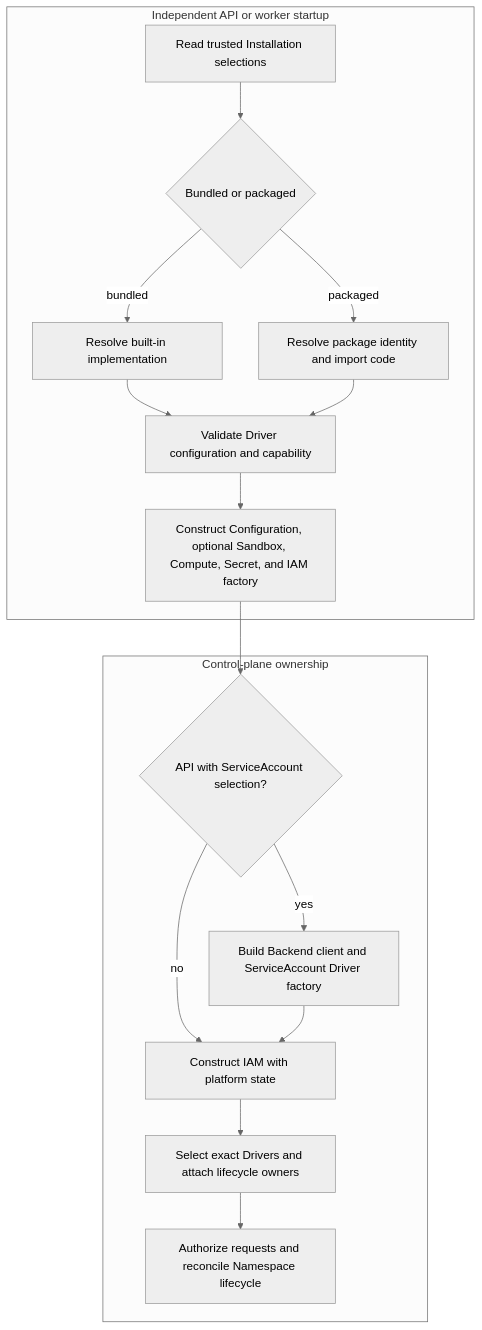
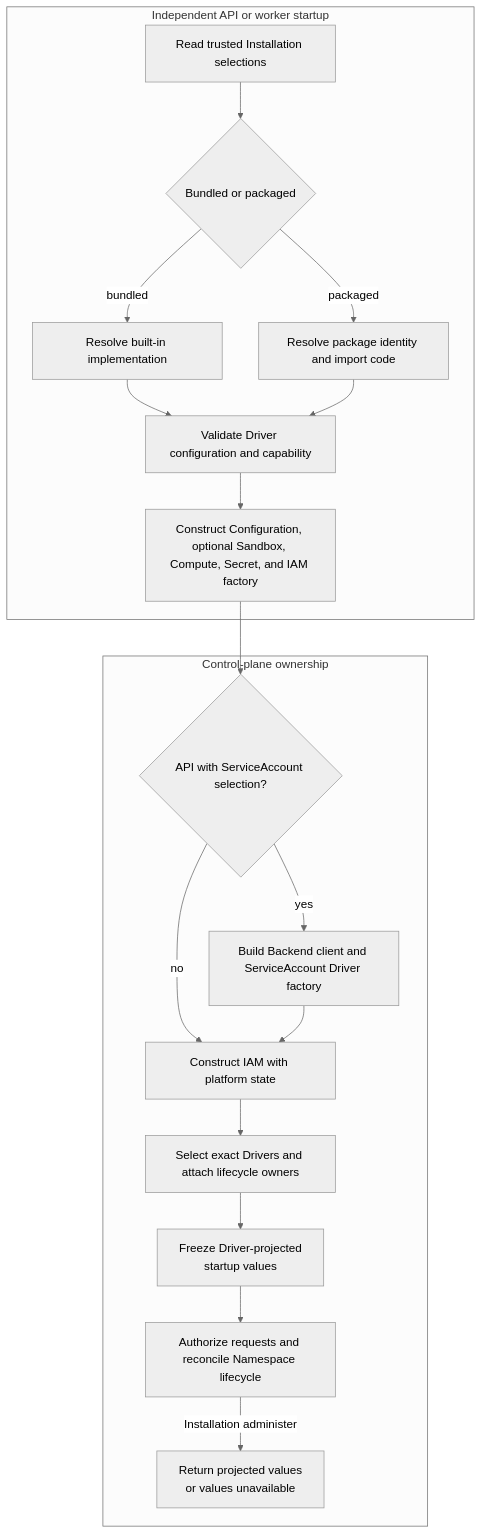
One commit to openclaw/openclaw-enterprise changed the diagram in docs/flows/driver-plugin-loading.md. Above: the diagram before and after it, drawn with Mermaid (neutral theme). The commit also changed other lines of this file and 34 other files, not shown here.

Commit message:
fix(console): show accepted Installation Driver values

````diff
--- a/docs/flows/driver-plugin-loading.md
+++ b/docs/flows/driver-plugin-loading.md
@@ -32,20 +32,22 @@
 ```mermaid
 graph TD
   subgraph Startup["Independent API or worker startup"]
     A["Read trusted Installation selections"] --> B{"Bundled or packaged"}
     B -->|bundled| C["Resolve built-in implementation"]
     B -->|packaged| D["Resolve package identity and import code"]
     C --> E["Validate Driver configuration and capability"]
     D --> E
     E --> F["Construct Configuration, optional Sandbox, Compute, Secret, and IAM factory"]
   end
 
   subgraph OCC["Control-plane ownership"]
     F --> P{"API with ServiceAccount selection?"}
     P -->|yes| Q["Build Backend client and ServiceAccount Driver factory"]
     P -->|no| G["Construct IAM with platform state"]
     Q --> G
     G --> H["Select exact Drivers and attach lifecycle owners"]
-    H --> I["Authorize requests and reconcile Namespace lifecycle"]
+    H --> V["Freeze Driver-projected<br/>startup values"]
+    V --> I["Authorize requests and reconcile Namespace lifecycle"]
+    I -->|Installation administer| R["Return projected values<br/>or values unavailable"]
   end
 ```
````
